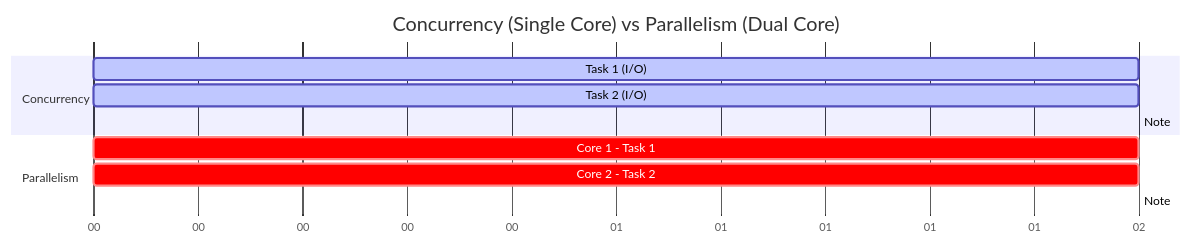
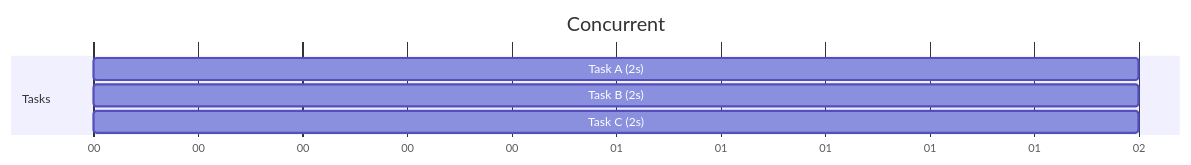
Before and after one commit to chakorabdellatif/async-queue: the second of 3 diagrams in docs/Async systems/Concurrency vs parallelism.md, drawn with Mermaid. The commit also changed other lines of this file and 6 other files, not shown here.

````diff
--- a/docs/Async systems/Concurrency vs parallelism.md
+++ b/docs/Async systems/Concurrency vs parallelism.md
@@ -46,16 +180,10 @@
 ```mermaid
 gantt
-    title Concurrency (Single Core) vs Parallelism (Dual Core)
+    title Concurrent
     dateFormat  s
     axisFormat %S
-    
-    section Concurrency
-    Task 1 (I/O)    :active, a1, 0, 2s
-    Task 2 (I/O)    :active, a2, 0, 2s
-    Note: Tasks take turns yielding on a single core
-    
-    section Parallelism
-    Core 1 - Task 1 :crit, b1, 0, 2s
-    Core 2 - Task 2 :crit, b2, 0, 2s
-    Note: Tasks execute exactly at the same time
+    section Tasks
+    Task A (2s) :a1, 0, 2s
+    Task B (2s) :a2, 0, 2s
+    Task C (2s) :a3, 0, 2s
 ```
````
